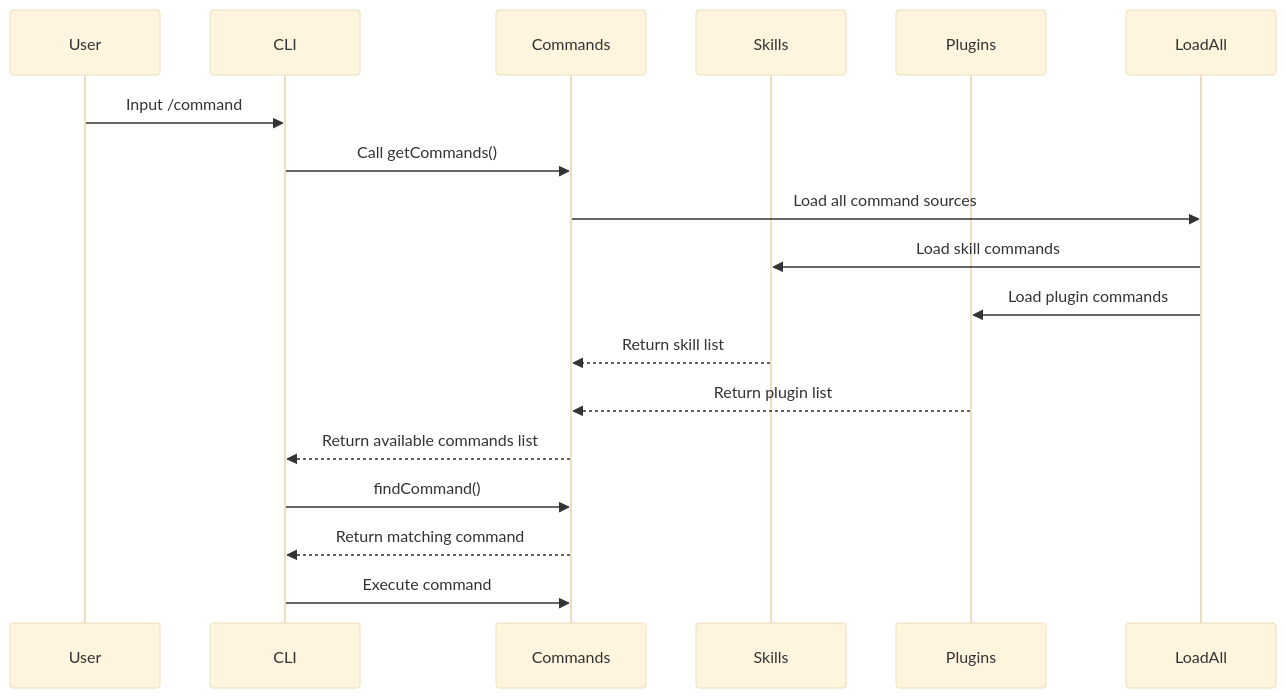
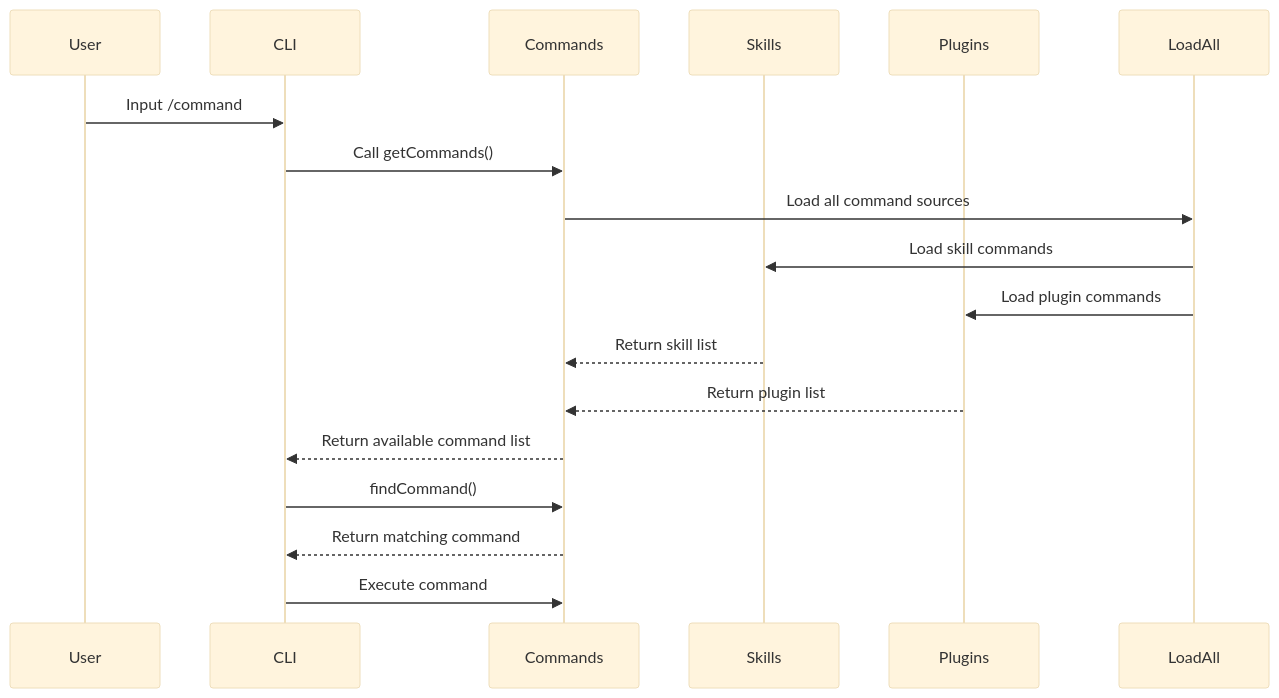
One commit to niuma996/claude-code-sourcemap-wiki changed the second of 2 diagrams in .nium-wiki/wiki_en/core/commands.md. Above: the diagram before and after it, drawn with Mermaid (base theme). The commit also changed other lines of this file and 1976 other files, not shown here.

````diff
--- a/.nium-wiki/wiki_en/core/commands.md
+++ b/.nium-wiki/wiki_en/core/commands.md
@@ -59,21 +65,21 @@
 ```mermaid
 sequenceDiagram
     participant User
     participant CLI
     participant Commands
     participant Skills
     participant Plugins
     participant LoadAll
 
     User->>CLI: Input /command
     CLI->>Commands: Call getCommands()
     Commands->>LoadAll: Load all command sources
     LoadAll->>Skills: Load skill commands
     LoadAll->>Plugins: Load plugin commands
     Skills-->>Commands: Return skill list
     Plugins-->>Commands: Return plugin list
-    Commands-->>CLI: Return available commands list
+    Commands-->>CLI: Return available command list
     CLI->>Commands: findCommand()
     Commands-->>CLI: Return matching command
     CLI->>Commands: Execute command
 ```
````
